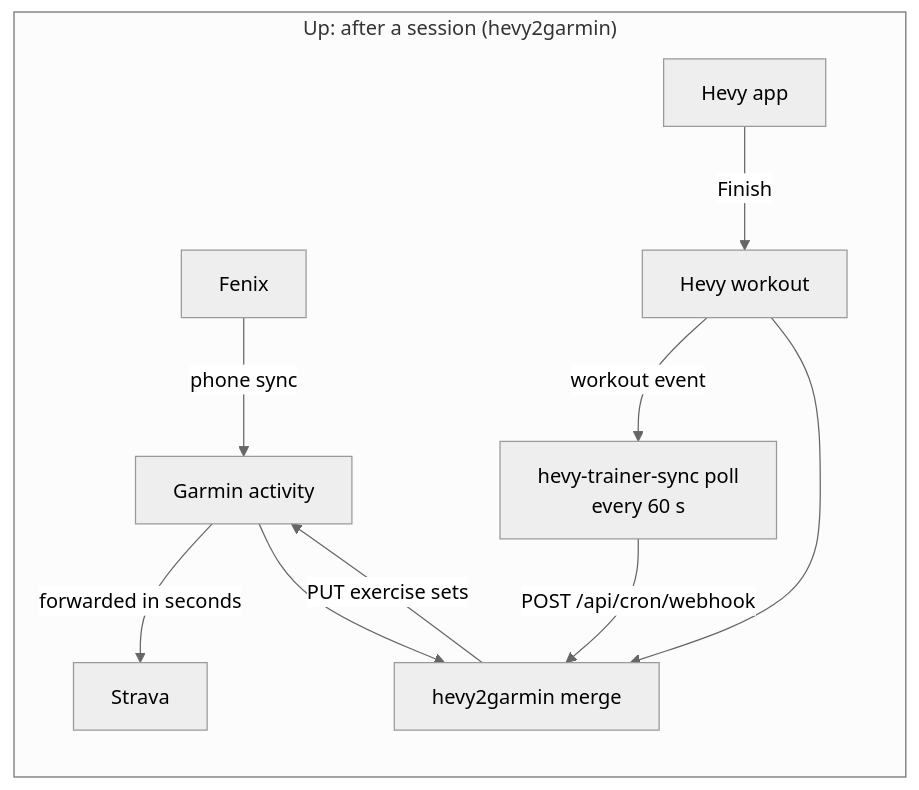
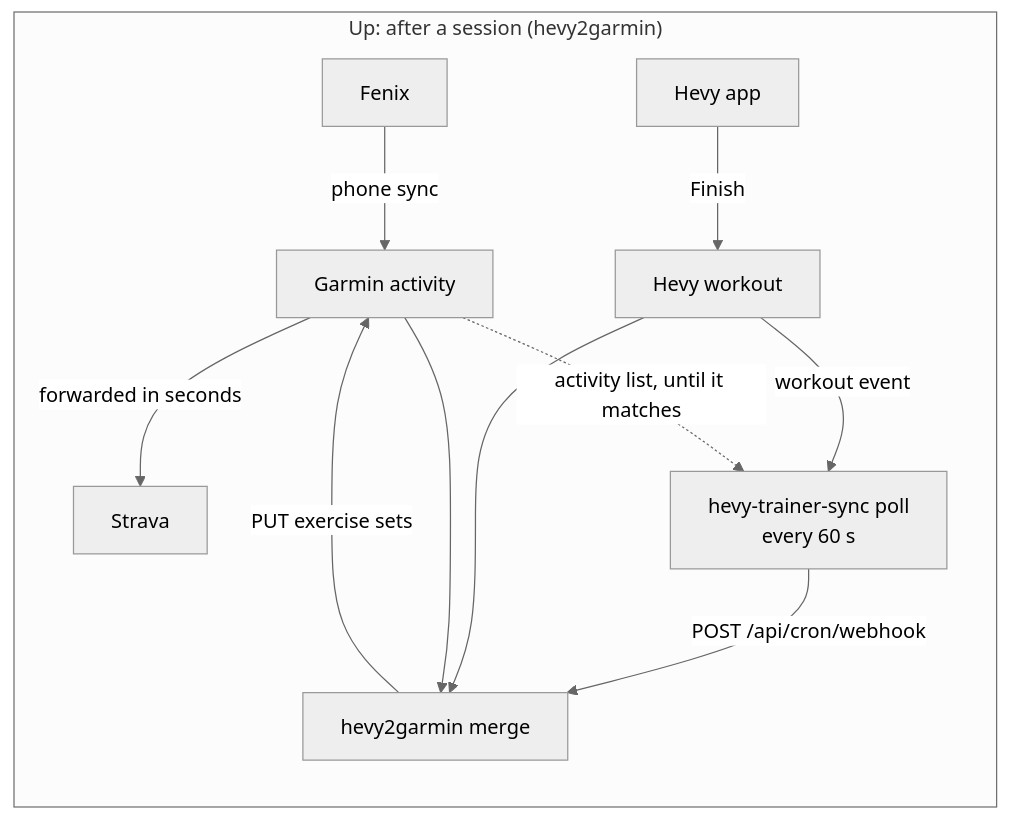
The second of 2 diagrams in docs/ARCHITECTURE.md (zimmertr/hevy-trainer-sync), drawn with Mermaid (neutral theme) before and after one commit. The commit also changed other lines of this file and 24 other files, not shown here.

````diff
--- a/docs/ARCHITECTURE.md
+++ b/docs/ARCHITECTURE.md
@@ -22,13 +23,14 @@
 ```mermaid
 flowchart LR
     subgraph up["Up: after a session (hevy2garmin)"]
         F2[Fenix] -->|phone sync| A[Garmin activity]
         A -->|forwarded in seconds| S[Strava]
         P[Hevy app] -->|Finish| HW[Hevy workout]
         HW -->|workout event| PL[hevy-trainer-sync poll<br/>every 60 s]
+        A -.->|activity list, until it matches| PL
         PL -->|POST /api/cron/webhook| M[hevy2garmin merge]
         HW --> M
         A --> M
         M -->|PUT exercise sets| A
     end
 ```
````
